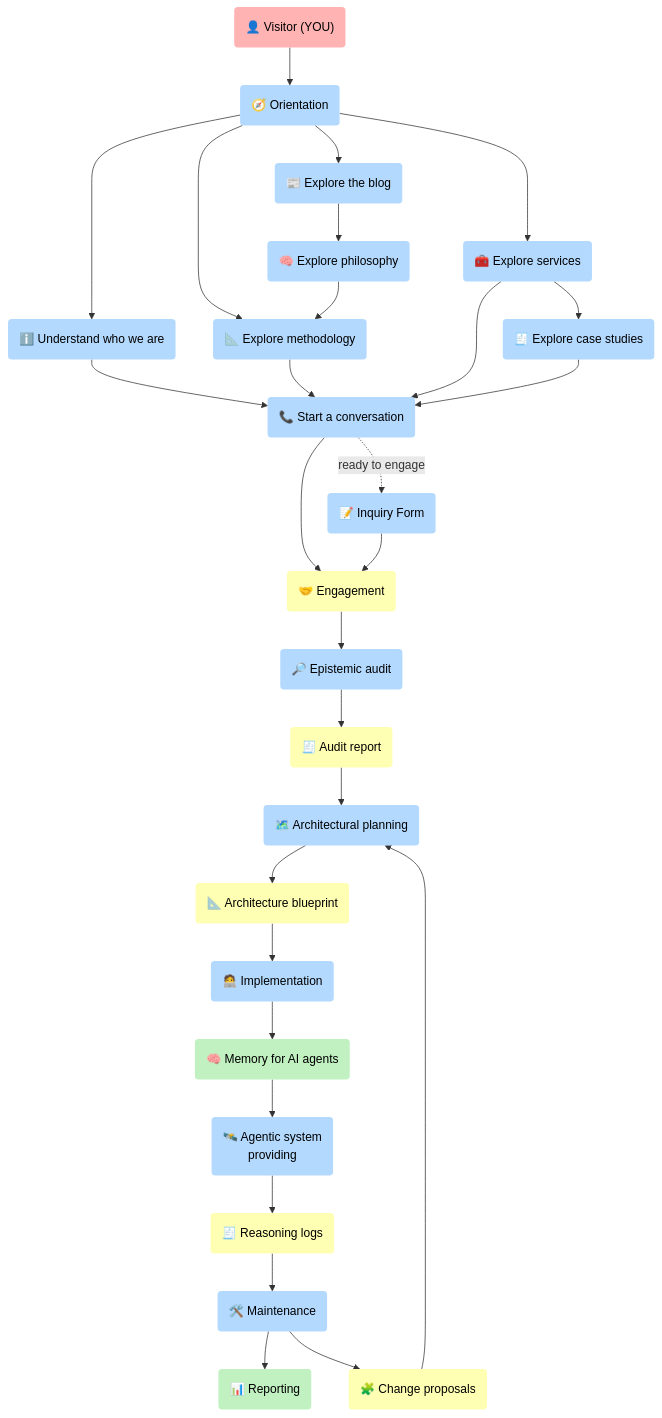
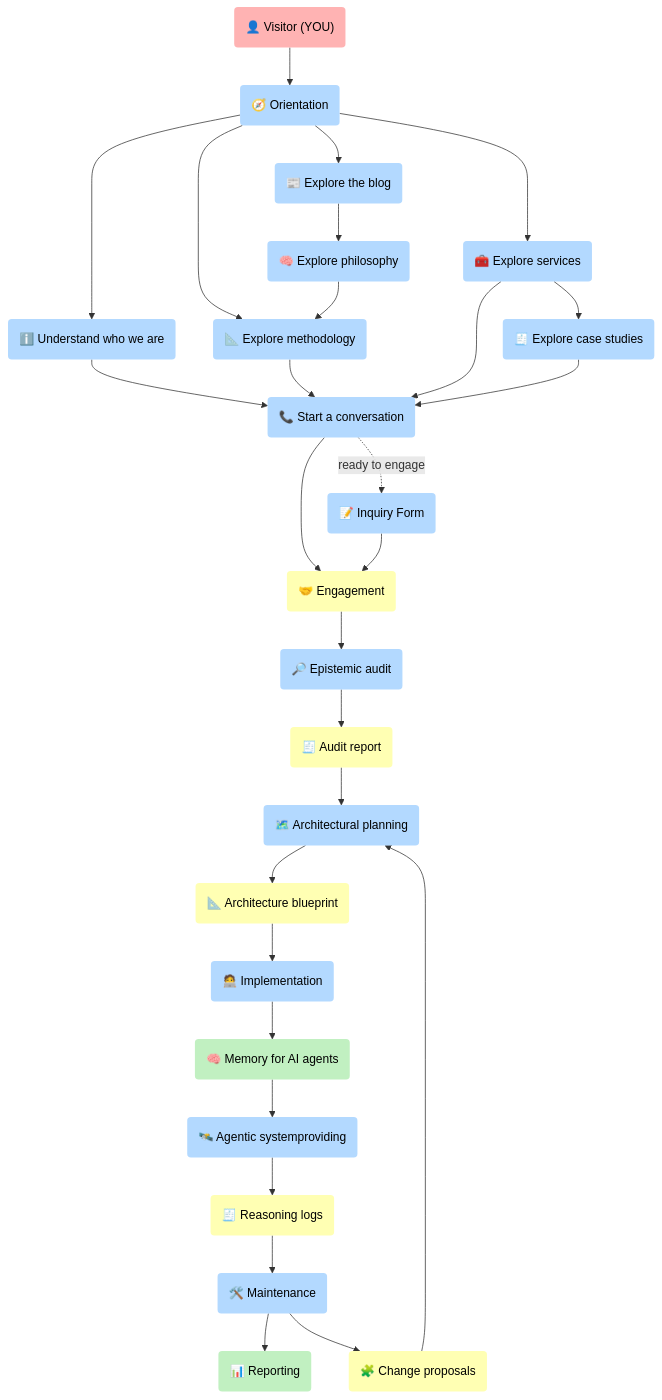
The first of 5 diagrams in docs/index.md (5Reasons/5reasons.github.io), drawn with Mermaid before and after one commit. The commit also changed other lines of this file and 4 other files, not shown here.

Commit message:
Enhance Mermaid label handling: Implement JavaScript fixes for inline label styles and ensure proper text wrapping in diagrams

```diff
--- a/docs/index.md
+++ b/docs/index.md
@@ -82,7 +82,7 @@
 R_Blueprint("📐 Architecture blueprint"):::r
 P_Impl("🧑‍💻 Implementation"):::p
 O_Memory("🧠 Memory for AI agents"):::o
-P_Ops("🛰️ Agentic system<br>providing"):::p
+P_Ops("🛰️ Agentic systemproviding"):::p
 R_Logs("🧾 Reasoning logs"):::r
 P_Maint("🛠️ Maintenance"):::p
 O_Reporting("📊 Reporting"):::o
```
